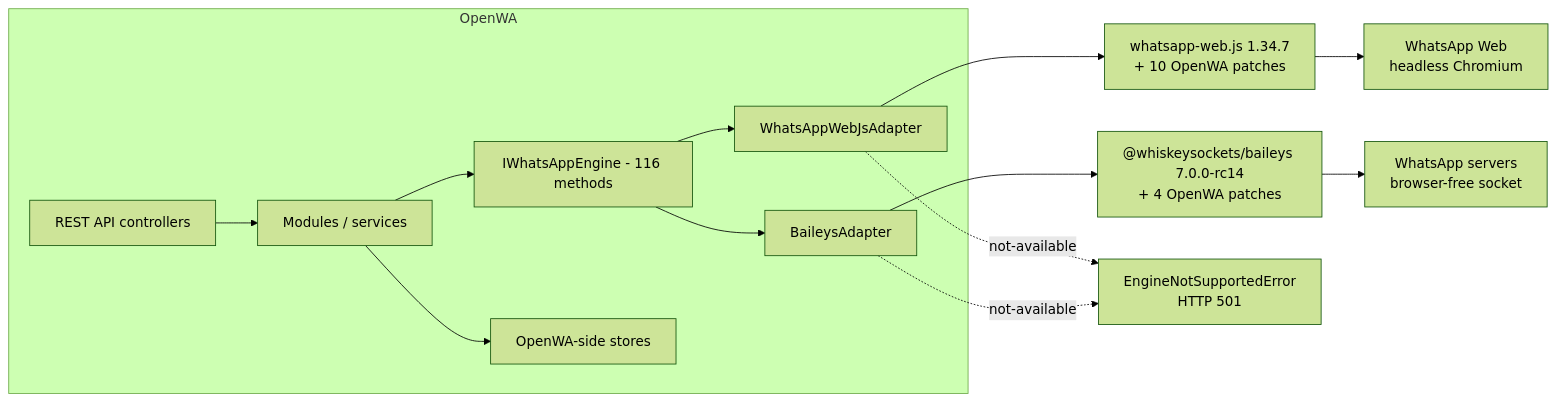
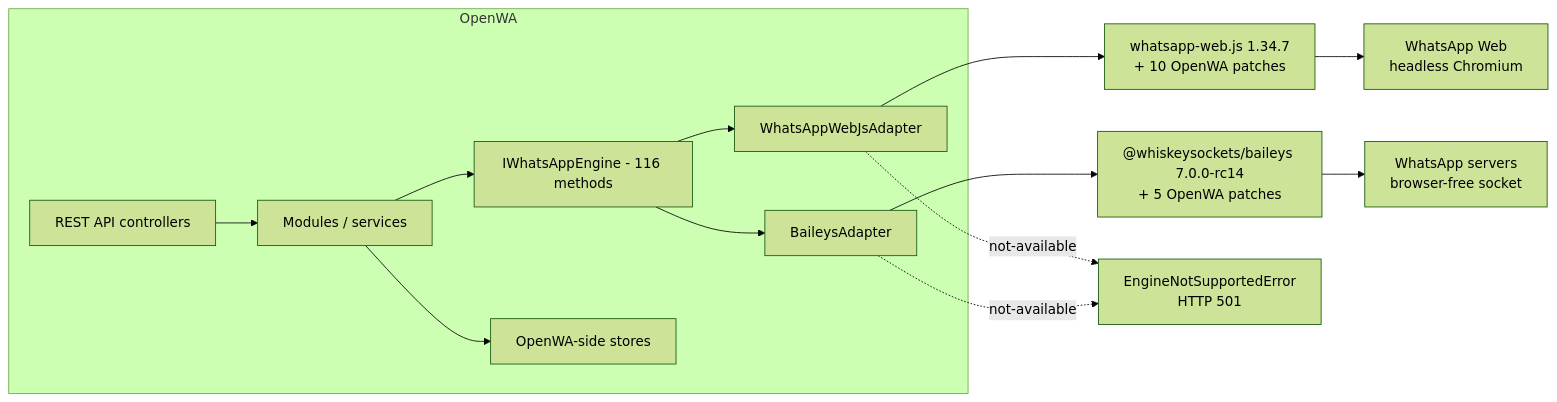
One commit to rmyndharis/OpenWA changed the first of 2 diagrams in docs/29-engine-capability-matrix.md. Above: the diagram before and after it, drawn with Mermaid (forest theme). The commit also changed other lines of this file and 11 other files, not shown here.

````diff
--- a/docs/29-engine-capability-matrix.md
+++ b/docs/29-engine-capability-matrix.md
@@ -47,16 +47,16 @@
 ```mermaid
 flowchart LR
     subgraph OpenWA["OpenWA"]
         API["REST API controllers"] --> SVC["Modules / services"]
         SVC --> IF["IWhatsAppEngine - 116 methods"]
         IF --> WA["WhatsAppWebJsAdapter"]
         IF --> BA["BaileysAdapter"]
         SVC --> STORE["OpenWA-side stores"]
     end
     WA --> WLIB["whatsapp-web.js 1.34.7<br/>+ 10 OpenWA patches"]
-    BA --> BLIB["@whiskeysockets/baileys 7.0.0-rc14<br/>+ 4 OpenWA patches"]
+    BA --> BLIB["@whiskeysockets/baileys 7.0.0-rc14<br/>+ 5 OpenWA patches"]
     WLIB --> WEB["WhatsApp Web<br/>headless Chromium"]
     BLIB --> WAS["WhatsApp servers<br/>browser-free socket"]
     WA -.->|"not-available"| E["EngineNotSupportedError<br/>HTTP 501"]
     BA -.->|"not-available"| E
 ```
````
